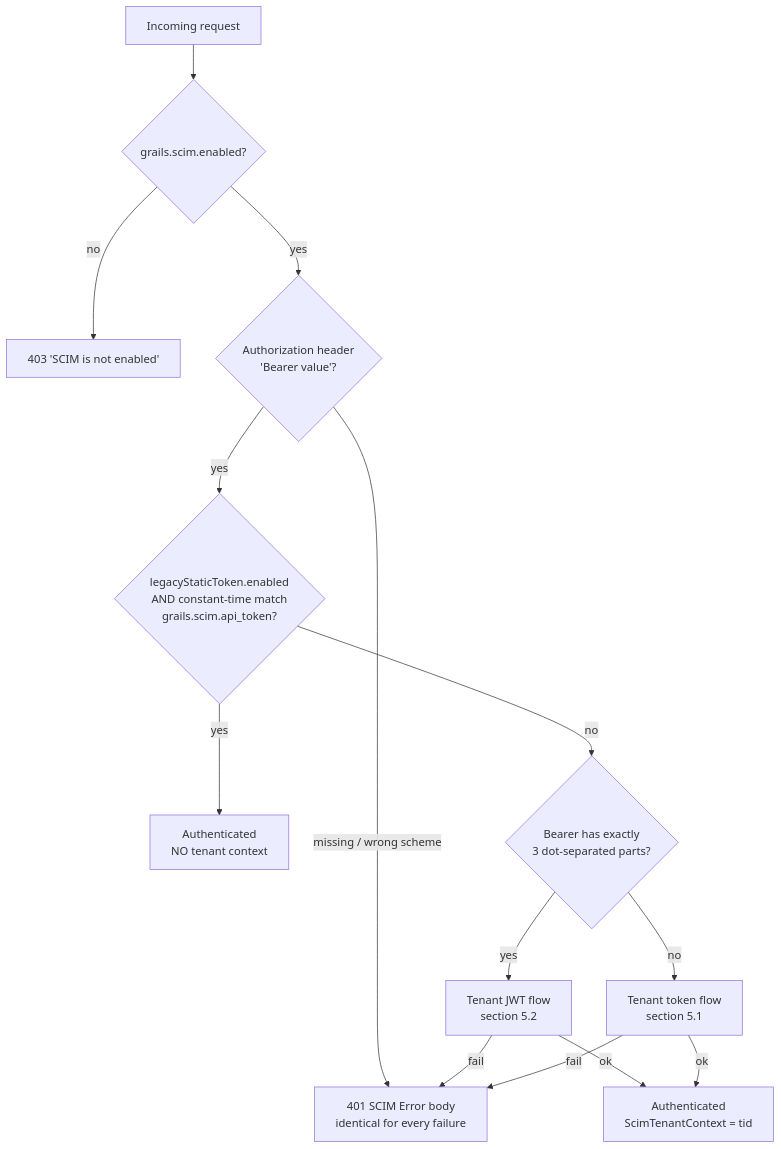
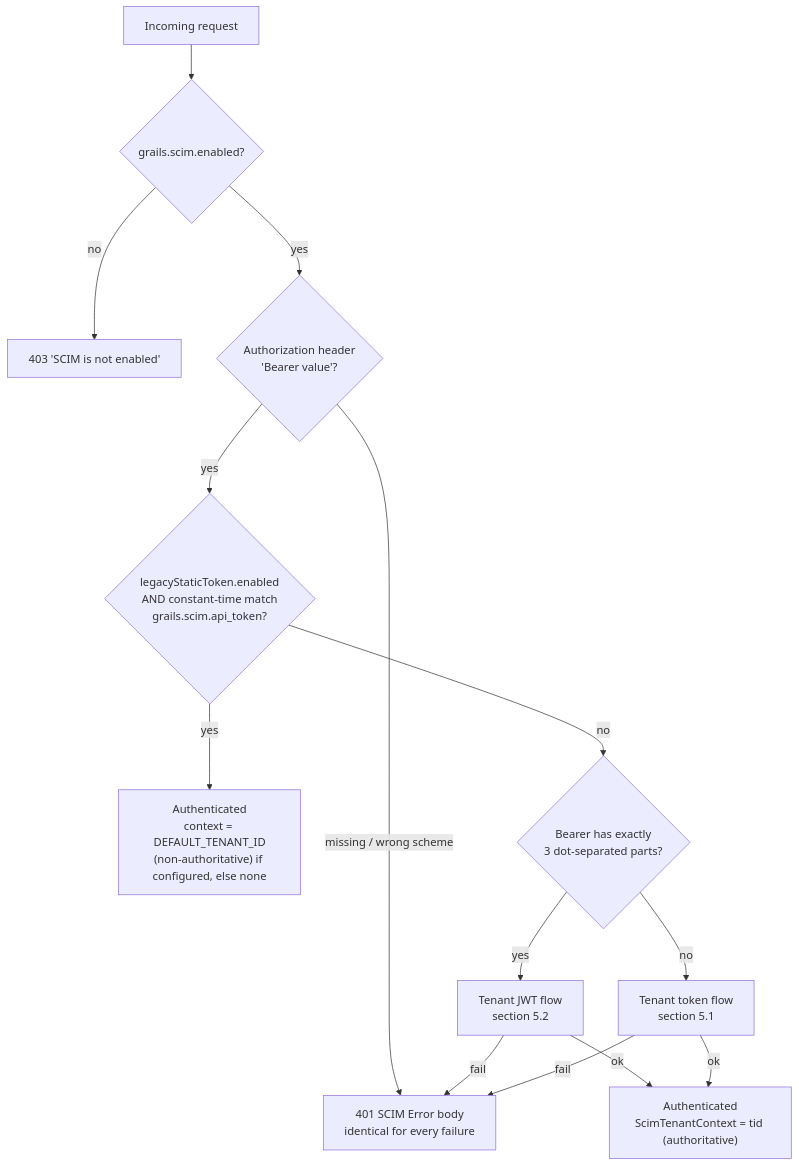
One commit to RxLogix/grails-scim changed the fifth of 11 diagrams in docs/PLUGIN_DESIGN.md. Above: the diagram before and after it, drawn with Mermaid. The commit also changed other lines of this file and 13 other files, not shown here.

First line of the commit message:
PVADMIN-50831 Add DEFAULT_TENANT_ID context for legacy flow; tenant flows leave extension null.

````diff
--- a/docs/PLUGIN_DESIGN.md
+++ b/docs/PLUGIN_DESIGN.md
@@ -153,17 +153,17 @@
 ```mermaid
 flowchart TD
     A[Incoming request] --> B{grails.scim.enabled?}
     B -- no --> F403[403 'SCIM is not enabled']
     B -- yes --> C{Authorization header<br/>'Bearer value'?}
     C -- missing / wrong scheme --> F401
     C -- yes --> D{legacyStaticToken.enabled<br/>AND constant-time match<br/>grails.scim.api_token?}
-    D -- yes --> L["Authenticated<br/>NO tenant context"]
+    D -- yes --> L["Authenticated<br/>context = DEFAULT_TENANT_ID<br/>(non-authoritative) if configured, else none"]
     D -- no --> E{Bearer has exactly<br/>3 dot-separated parts?}
     E -- yes --> J[Tenant JWT flow<br/>section 5.2]
     E -- no --> T[Tenant token flow<br/>section 5.1]
-    J -- ok --> CTX["Authenticated<br/>ScimTenantContext = tid"]
+    J -- ok --> CTX["Authenticated<br/>ScimTenantContext = tid (authoritative)"]
     T -- ok --> CTX
     J -- fail --> F401
     T -- fail --> F401
     F401[401 SCIM Error body<br/>identical for every failure]
 ```
````
